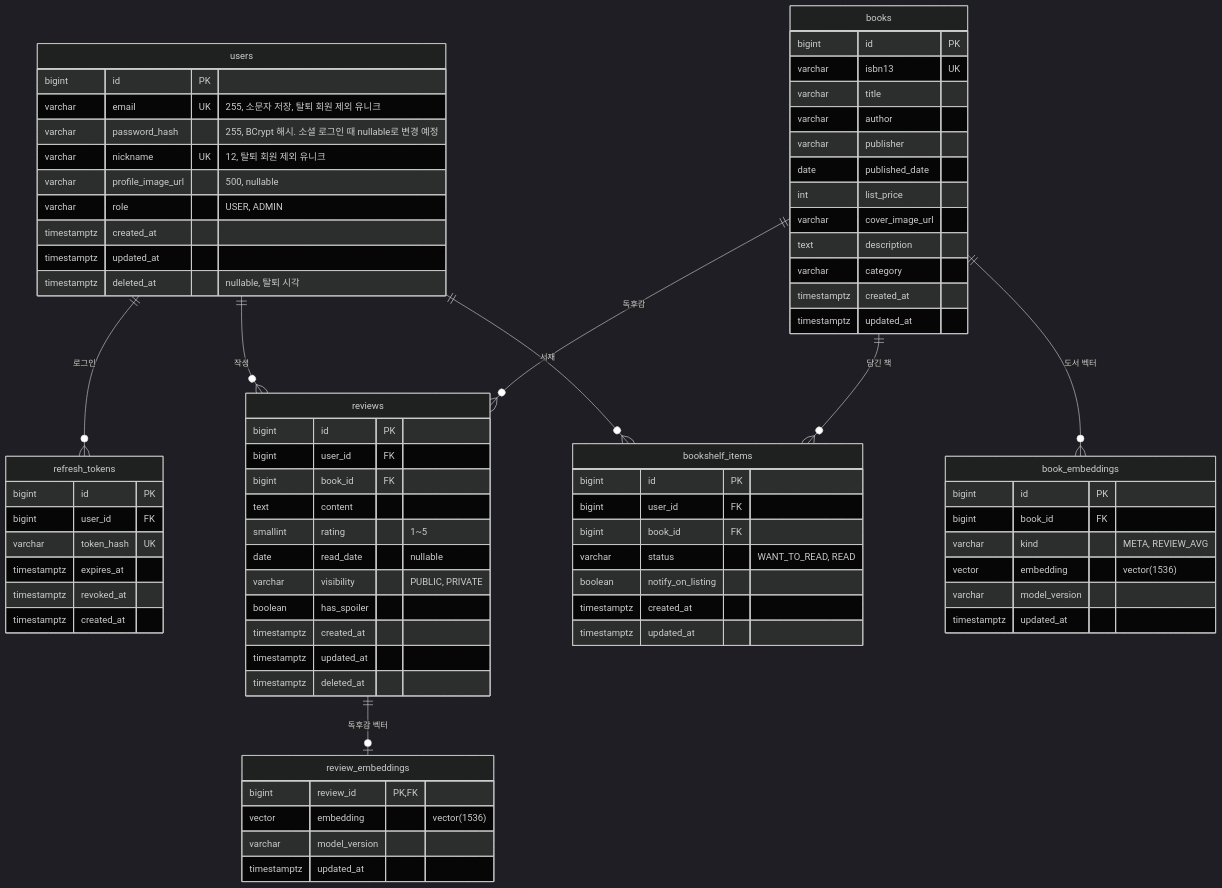
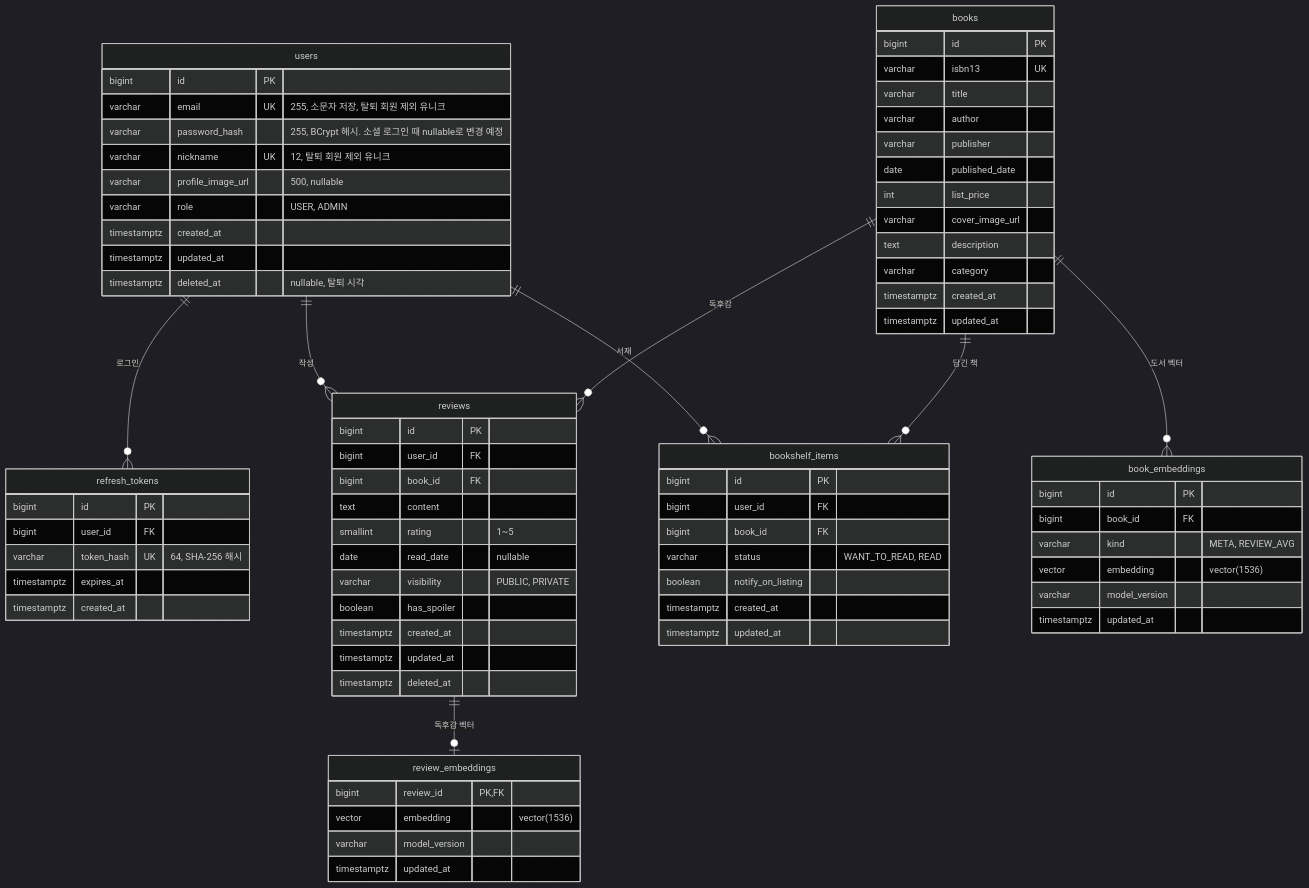
The first of 2 diagrams in docs/04-erd.md (Obebe-creator/DooDok-demo), drawn with Mermaid (dark theme) before and after one commit. The commit also changed other lines of this file and 12 other files, not shown here.

```diff
--- a/docs/04-erd.md
+++ b/docs/04-erd.md
@@ -48,9 +48,8 @@
     refresh_tokens {
         bigint id PK
         bigint user_id FK
-        varchar token_hash UK
+        varchar token_hash UK "64, SHA-256 해시"
         timestamptz expires_at
-        timestamptz revoked_at
         timestamptz created_at
     }
 
```
